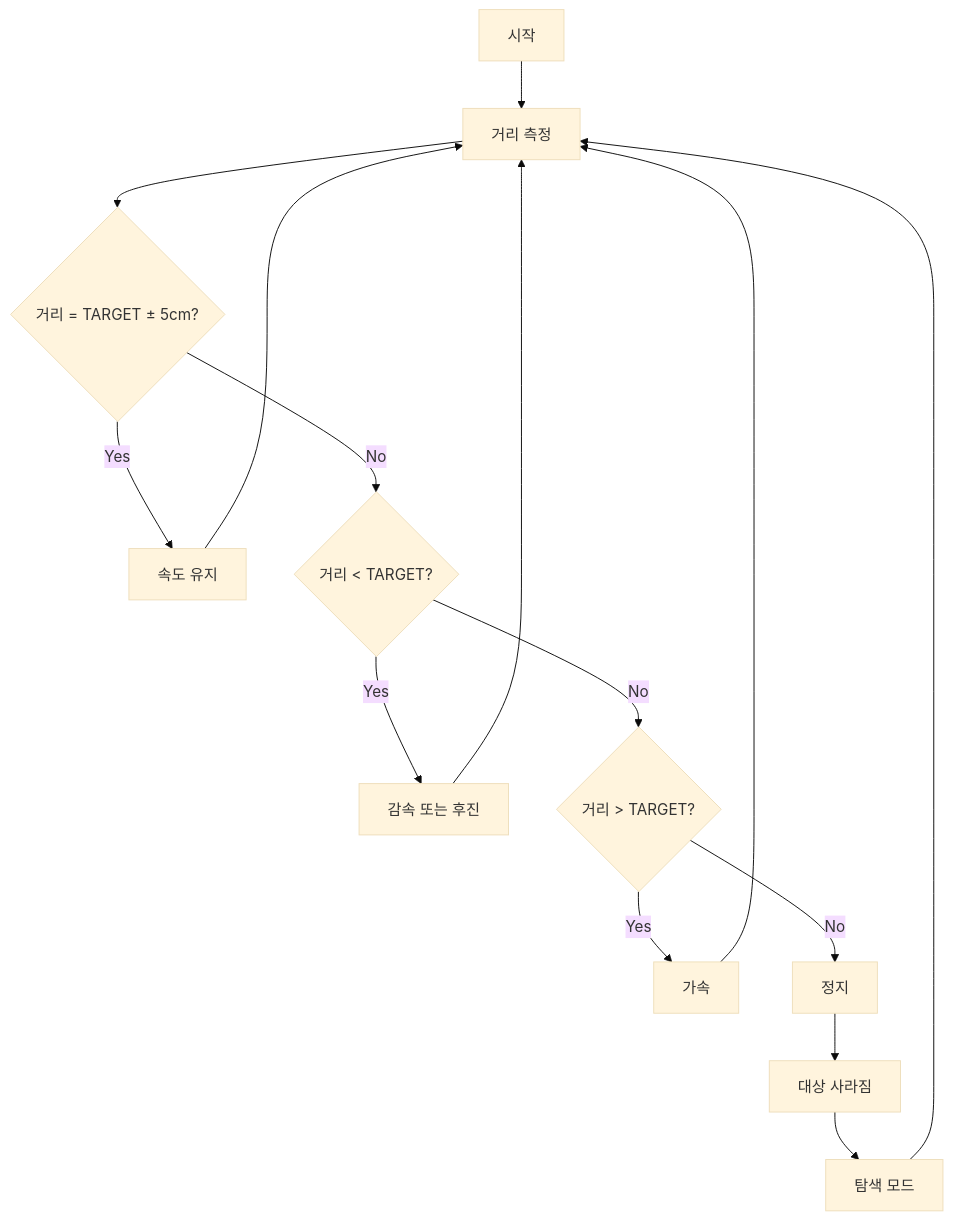
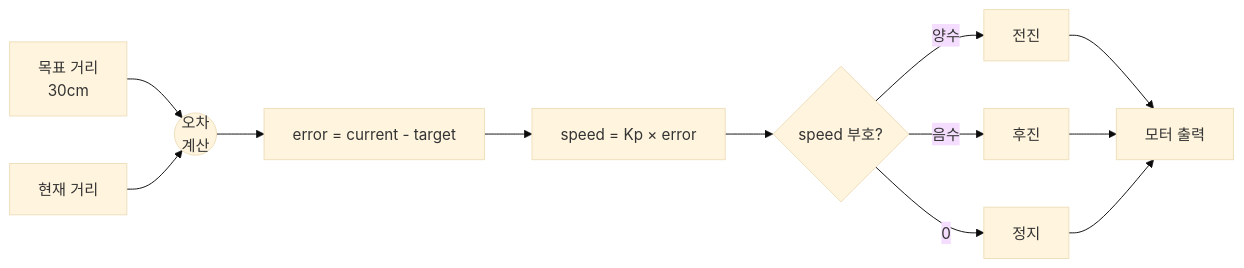
Before and after one commit to Collegenie-X/Arduino_AutoPlot: diagram 16 of 20 in document/algorithms_flowchart.md, drawn with Mermaid (base theme). The commit also changed other lines of this file and 3 other files, not shown here.

````diff
--- a/document/algorithms_flowchart.md
+++ b/document/algorithms_flowchart.md
@@ -376,18 +448,14 @@
 ```mermaid
-flowchart TD
-    A[시작] --> B[거리 측정]
-    B --> C{거리 = TARGET ± 5cm?}
-    C -->|Yes| D[속도 유지]
-    C -->|No| E{거리 < TARGET?}
-    E -->|Yes| F[감속 또는 후진]
-    E -->|No| G{거리 > TARGET?}
-    G -->|Yes| H[가속]
-    G -->|No| I[정지]
-    
-    D --> B
-    F --> B
-    H --> B
-    I --> J[대상 사라짐]
-    J --> K[탐색 모드]
-    K --> B
+flowchart LR
+    A[목표 거리<br>30cm] --> B((오차<br>계산))
+    C[현재 거리] --> B
+    B --> D["error = current - target"]
+    D --> E["speed = Kp × error"]
+    E --> F{speed 부호?}
+    F -->|양수| G[전진]
+    F -->|음수| H[후진]
+    F -->|0| I[정지]
+    G --> J[모터 출력]
+    H --> J
+    I --> J
 ```
````
